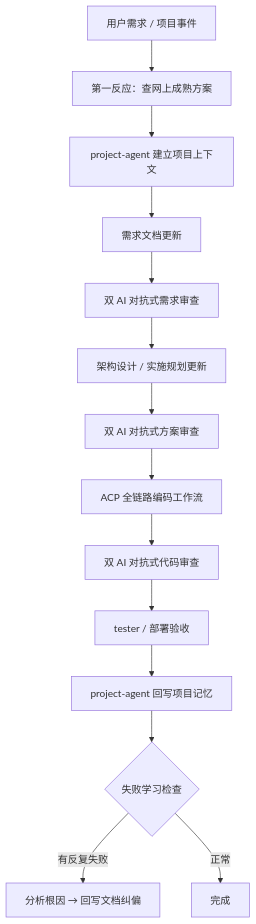
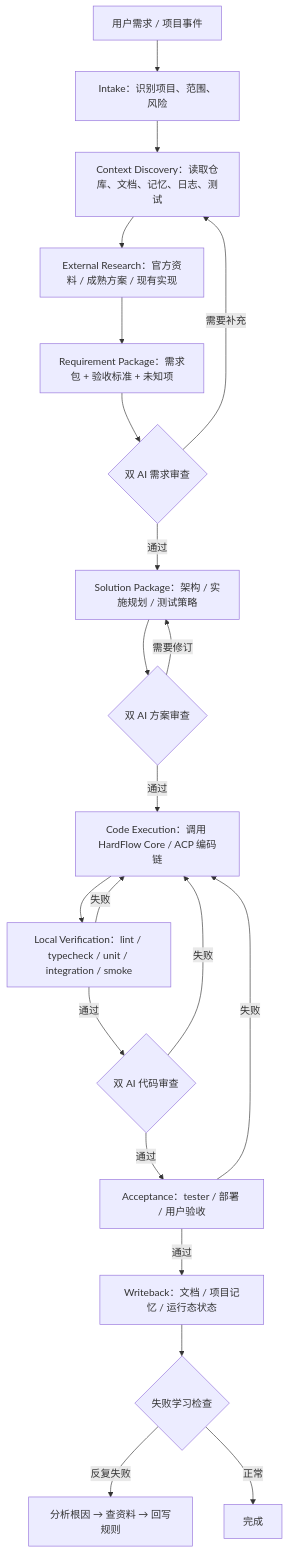
The first of 3 diagrams in docs/核心主工作流/项目交付优先工作流/项目交付优先工作流架构设计.md (XX-Trader/openclaw-hardflow-backup-20260302), drawn with Mermaid before and after one commit. The commit also changed other lines of this file and 36 other files, not shown here.

````diff
--- a/docs/核心主工作流/项目交付优先工作流/项目交付优先工作流架构设计.md
+++ b/docs/核心主工作流/项目交付优先工作流/项目交付优先工作流架构设计.md
@@ -21,16 +23,23 @@
 ```mermaid
 graph TD
-    A[用户需求 / 项目事件] --> B[第一反应：查网上成熟方案]
-    B --> C[project-agent 建立项目上下文]
-    C --> D[需求文档更新]
-    D --> E[双 AI 对抗式需求审查]
-    E --> F[架构设计 / 实施规划更新]
-    F --> G[双 AI 对抗式方案审查]
-    G --> H[ACP 全链路编码工作流]
-    H --> I[双 AI 对抗式代码审查]
-    I --> J[tester / 部署验收]
-    J --> K[project-agent 回写项目记忆]
-    K --> L{失败学习检查}
-    L -->|有反复失败| M[分析根因 → 回写文档纠偏]
-    L -->|正常| N[完成]
+    A[用户需求 / 项目事件] --> B[Intake：识别项目、范围、风险]
+    B --> C[Context Discovery：读取仓库、文档、记忆、日志、测试]
+    C --> D[External Research：官方资料 / 成熟方案 / 现有实现]
+    D --> E[Requirement Package：需求包 + 验收标准 + 未知项]
+    E --> F{双 AI 需求审查}
+    F -->|需要补充| C
+    F -->|通过| G[Solution Package：架构 / 实施规划 / 测试策略]
+    G --> H{双 AI 方案审查}
+    H -->|需要修订| G
+    H -->|通过| I[Code Execution：调用 HardFlow Core / ACP 编码链]
+    I --> J[Local Verification：lint / typecheck / unit / integration / smoke]
+    J -->|失败| I
+    J -->|通过| K{双 AI 代码审查}
+    K -->|失败| I
+    K -->|通过| L[Acceptance：tester / 部署 / 用户验收]
+    L -->|失败| I
+    L -->|通过| M[Writeback：文档 / 项目记忆 / 运行态状态]
+    M --> N{失败学习检查}
+    N -->|反复失败| O[分析根因 → 查资料 → 回写规则]
+    N -->|正常| P[完成]
 ```
````
